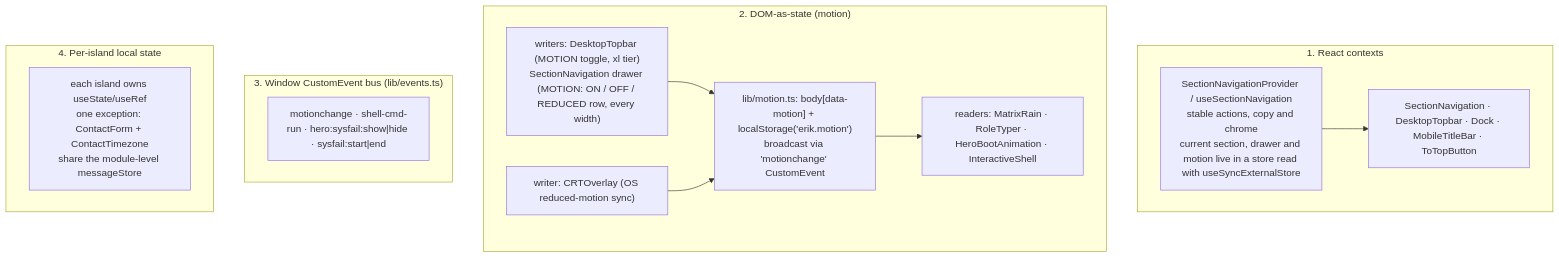
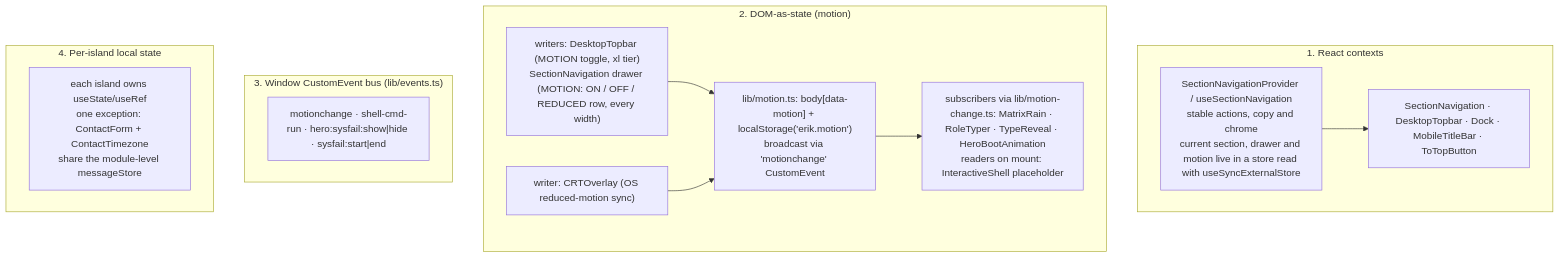
One commit to erikunha/portfolio changed the second of 2 diagrams in docs/04-components-and-state.md. Above: the diagram before and after it, drawn with Mermaid. The commit also changed 7 other files, not shown here.

First line of the commit message:
fix(shell): follow the motion switch and the viewport in the input placeholder

````diff
--- a/docs/04-components-and-state.md
+++ b/docs/04-components-and-state.md
@@ -109,19 +109,19 @@
 ```mermaid
 flowchart TD
     subgraph ctx["1. React contexts"]
         navigation["SectionNavigationProvider / useSectionNavigation<br/>stable actions, copy and chrome<br/>current section, drawer and motion live in a store read with useSyncExternalStore"]
         navigation --> consumers["SectionNavigation · DesktopTopbar · Dock · MobileTitleBar · ToTopButton"]
     end
     subgraph dom["2. DOM-as-state (motion)"]
         motion["lib/motion.ts: body[data-motion] + localStorage('erik.motion')<br/>broadcast via 'motionchange' CustomEvent"]
         w1["writers: DesktopTopbar (MOTION toggle, xl tier)<br/>SectionNavigation drawer (MOTION: ON / OFF / REDUCED row, every width)"] --> motion
         w2["writer: CRTOverlay (OS reduced-motion sync)"] --> motion
-        motion --> r1["readers: MatrixRain · RoleTyper · HeroBootAnimation · InteractiveShell"]
+        motion --> r1["subscribers via lib/motion-change.ts: MatrixRain · RoleTyper · TypeReveal · HeroBootAnimation<br/>readers on mount: InteractiveShell placeholder"]
     end
     subgraph bus["3. Window CustomEvent bus (lib/events.ts)"]
         ev["motionchange · shell-cmd-run · hero:sysfail:show|hide · sysfail:start|end"]
     end
     subgraph local["4. Per-island local state"]
         li["each island owns useState/useRef<br/>one exception: ContactForm + ContactTimezone<br/>share the module-level messageStore"]
     end
 ```
````
